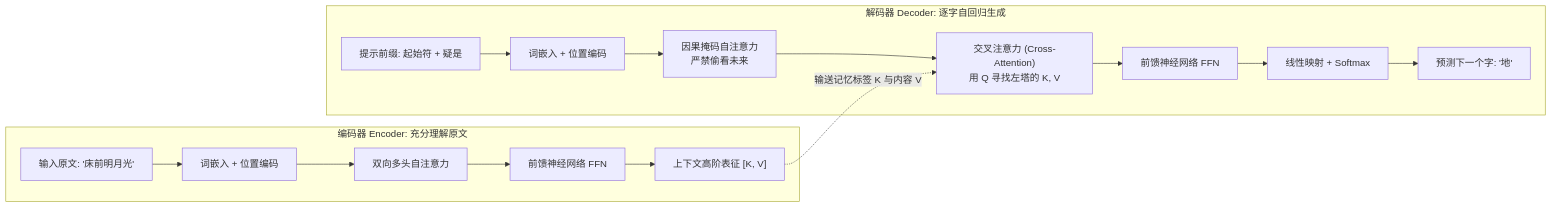
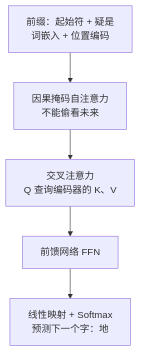
One commit to cluster1900/zero2llm changed the second of 3 diagrams in chapters/07_encoder_decoder.md. Above: the diagram before and after it, drawn with Mermaid. The commit also changed other lines of this file and 74 other files, not shown here.

Commit message:
Fix EPUB flowcharts and refresh reading downloads [refresh-release]

````diff
--- a/chapters/07_encoder_decoder.md
+++ b/chapters/07_encoder_decoder.md
@@ -36,19 +48,9 @@
 ```mermaid
-flowchart LR
-    subgraph 编码器巨塔 [编码器 Encoder: 充分理解原文]
-        A["输入原文: '床前明月光'"] --> B[词嵌入 + 位置编码]
-        B --> C[双向多头自注意力]
-        C --> D[前馈神经网络 FFN]
-        D --> E["上下文高阶表征 [K, V]"]
-    end
-
-    subgraph 解码器巨塔 [解码器 Decoder: 逐字自回归生成]
-        F["提示前缀: 起始符 + 疑是"] --> G[词嵌入 + 位置编码]
-        G --> H[因果掩码自注意力<br>严禁偷看未来]
-        H --> I["交叉注意力 (Cross-Attention)<br>用 Q 寻找左塔的 K, V"]
-        E -. 输送记忆标签 K 与内容 V .-> I
-        I --> J[前馈神经网络 FFN]
-        J --> K[线性映射 + Softmax]
-        K --> L["预测下一个字: '地'"]
-    end
+flowchart TD
+    accTitle: 解码器：利用前缀与原文预测下一个字
+    accDescr: 前缀经过因果自注意力，再用自身的 Q 查询编码器提供的 K、V，经过前馈网络和输出层得到预测。
+    A["前缀：起始符 + 疑是<br/>词嵌入 + 位置编码"] --> B["因果掩码自注意力<br/>不能偷看未来"]
+    B --> C["交叉注意力<br/>Q 查询编码器的 K、V"]
+    C --> D["前馈网络 FFN"]
+    D --> E["线性映射 + Softmax<br/>预测下一个字：地"]
 ```
````
